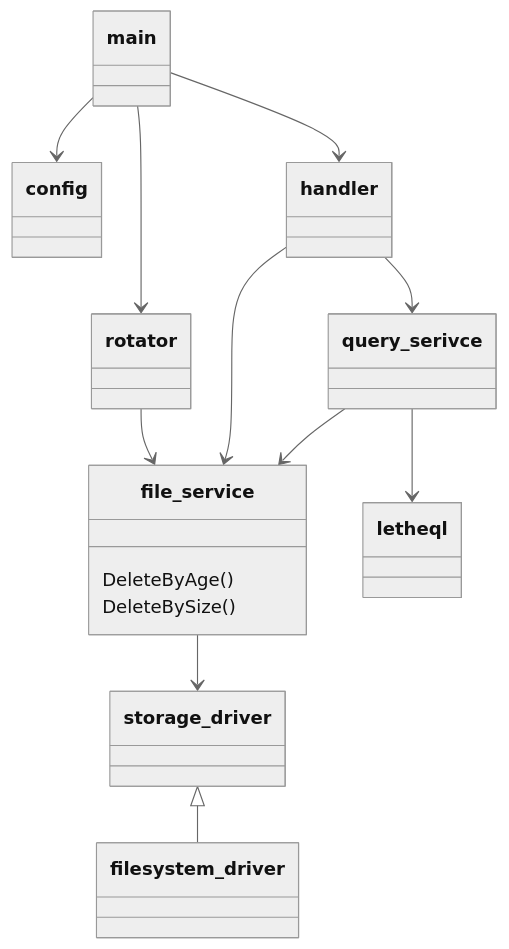
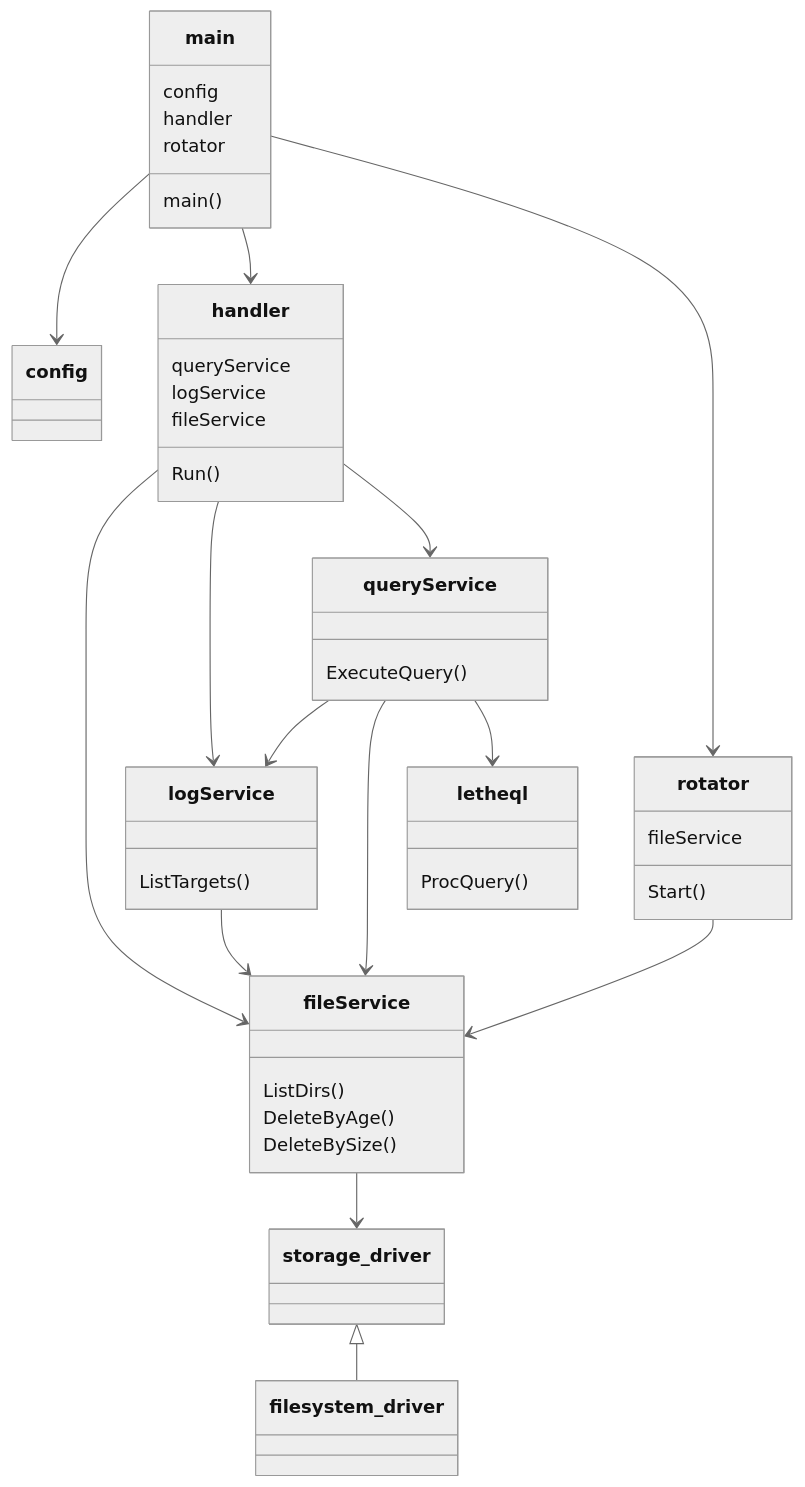
Before and after one commit to kuoss/lethe: the diagram in docs/structure.md, drawn with Mermaid (neutral theme). The commit also changed other lines of this file, not shown here.

````diff
--- a/docs/structure.md
+++ b/docs/structure.md
@@ -14,22 +1,58 @@
 ```mermaid
 classDiagram
+
 main --> config
 main --> handler
 main --> rotator
-rotator --> file_service
-handler --> file_service
-handler --> query_serivce
-query_serivce --> file_service
-query_serivce --> letheql
-file_service --> storage_driver
+
+handler --> fileService
+handler --> logService
+handler --> queryService
+rotator --> fileService
+
+queryService --> logService
+queryService --> fileService
+queryService --> letheql
+logService --> fileService
+fileService --> storage_driver
+
 storage_driver <|-- filesystem_driver
 
-class rotator {
-    
+class main {
+    config
+    handler
+    rotator
+    main()
 }
 
-class file_service{
+class rotator {
+    fileService
+    Start()
+}
+
+class handler {
+    queryService
+    logService
+    fileService
+    Run()
+}
+
+class queryService {
+    ExecuteQuery()
+}
+
+class logService {
+    ListTargets()
+}
+
+class fileService {
+    ListDirs()
     DeleteByAge()
     DeleteBySize()
 }
+
+
+class letheql {
+    ProcQuery()
+}
 ```
````
